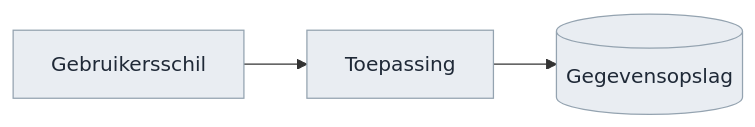
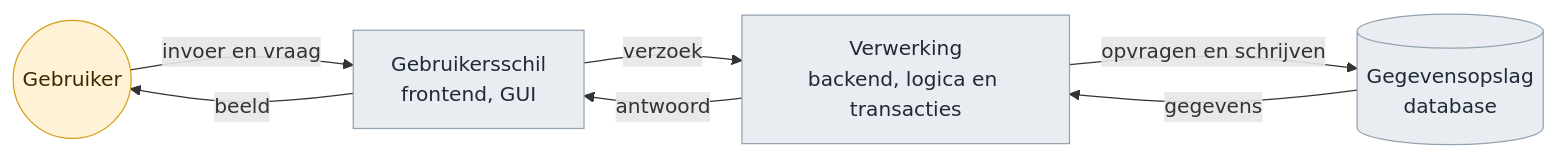
The first of 4 diagrams in presentaties/src/260904_ai_houdbaarheid.md (Npuls-OKx/meta), drawn with Mermaid before and after one commit. The commit also changed other lines of this file and 2 other files, not shown here.

````diff
--- a/presentaties/src/260904_ai_houdbaarheid.md
+++ b/presentaties/src/260904_ai_houdbaarheid.md
@@ -116,8 +108,17 @@
 ```mermaid
 flowchart LR
-  UI["Gebruikersschil"] --> APP["Toepassing"]
-  APP --> DB[("Gegevensopslag")]
-  style UI fill:#e9edf2,stroke:#94a3b0,color:#1f2937
-  style APP fill:#e9edf2,stroke:#94a3b0,color:#1f2937
+  U(("Gebruiker"))
+  GUI["Gebruikersschil<br/>frontend, GUI"]
+  BE["Verwerking<br/>backend, logica en transacties"]
+  DB[("Gegevensopslag<br/>database")]
+  U -- "invoer en vraag" --> GUI
+  GUI -- "verzoek" --> BE
+  BE -- "opvragen en schrijven" --> DB
+  DB -- "gegevens" --> BE
+  BE -- "antwoord" --> GUI
+  GUI -- "beeld" --> U
+  style U fill:#fff2d6,stroke:#D4A017,color:#3b2a02
+  style GUI fill:#e9edf2,stroke:#94a3b0,color:#1f2937
+  style BE fill:#e9edf2,stroke:#94a3b0,color:#1f2937
   style DB fill:#e9edf2,stroke:#94a3b0,color:#1f2937
 ```
````
